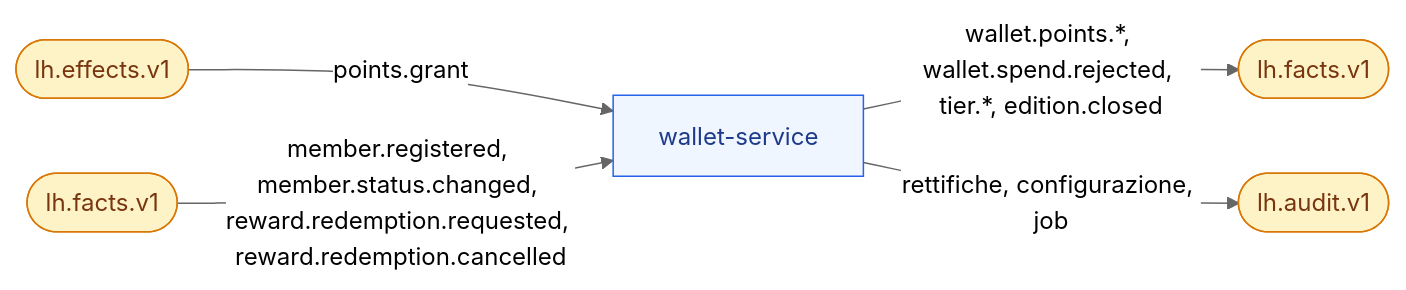
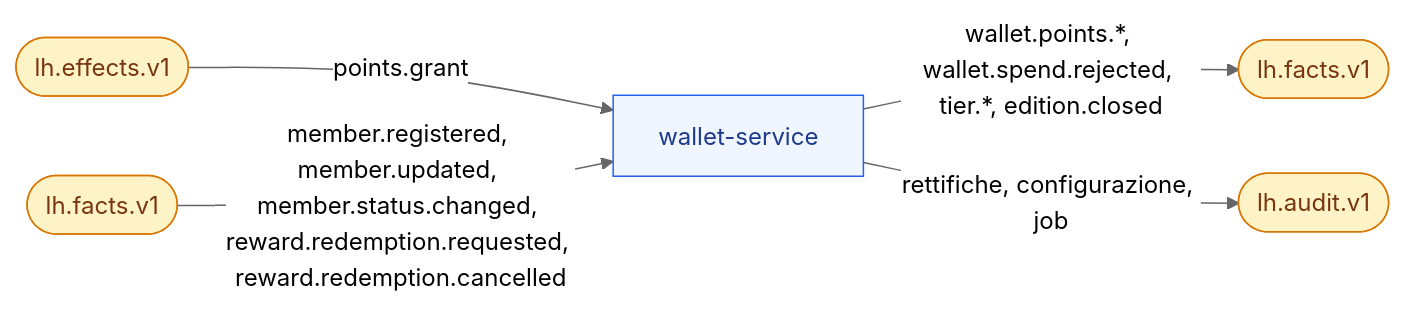
The second of 2 diagrams in docs/servizi/wallet-service.md (peppe-ruv/Loyalty_Sys), drawn with Mermaid (neutral theme) before and after one commit. The commit also changed other lines of this file and 21 other files, not shown here.

First line of the commit message:
feat(wallet): proiezione subjectRef→membro e API del portale dal MemberPrincipal [F2-SEC-09, ADR-048, Q-410, Q-493, Q-550, Q-553]

````diff
--- a/docs/servizi/wallet-service.md
+++ b/docs/servizi/wallet-service.md
@@ -119,13 +127,13 @@
 ```mermaid
 flowchart LR
   accTitle: Consumi e produzioni di wallet-service
-  accDescr: wallet consuma gli effetti points.grant e i fatti di registrazione e stato dei membri e delle richieste premio; pubblica i fatti su punti, livelli ed edizioni e le voci di audit di rettifiche, configurazione e job.
+  accDescr: wallet consuma gli effetti points.grant e i fatti di registrazione, aggiornamento e stato dei membri e delle richieste premio; pubblica i fatti su punti, livelli ed edizioni e le voci di audit di rettifiche, configurazione e job.
   TE(["lh.effects.v1"]) -->|"points.grant"| WAL["wallet-service"]
-  TFI(["lh.facts.v1"]) -->|"member.registered, member.status.changed, reward.redemption.requested, reward.redemption.cancelled"| WAL
+  TFI(["lh.facts.v1"]) -->|"member.registered, member.updated, member.status.changed, reward.redemption.requested, reward.redemption.cancelled"| WAL
   WAL -->|"wallet.points.*, wallet.spend.rejected, tier.*, edition.closed"| TFO(["lh.facts.v1"])
   WAL -->|"rettifiche, configurazione, job"| TU(["lh.audit.v1"])
   classDef svc fill:#EFF6FF,stroke:#2563EB,color:#1E3A8A
   classDef topic fill:#FEF3C7,stroke:#D97706,color:#78350F
   class WAL svc
   class TE,TFI,TFO,TU topic
 ```
````
